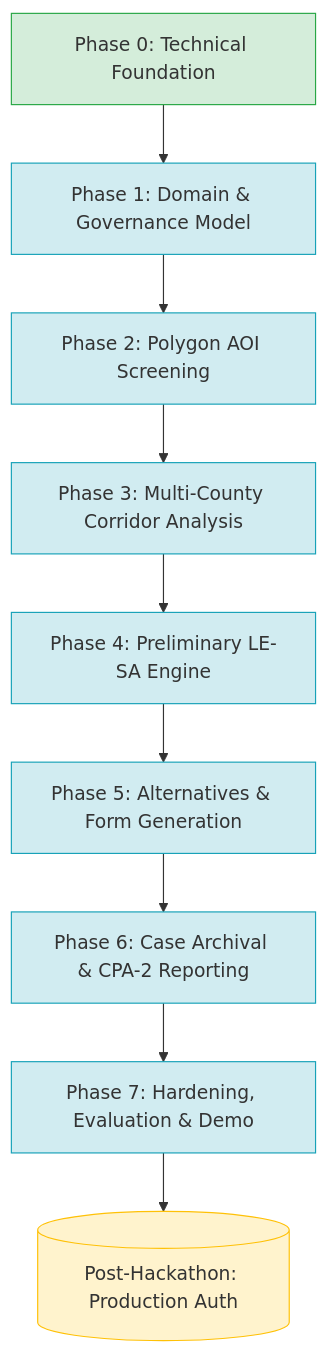
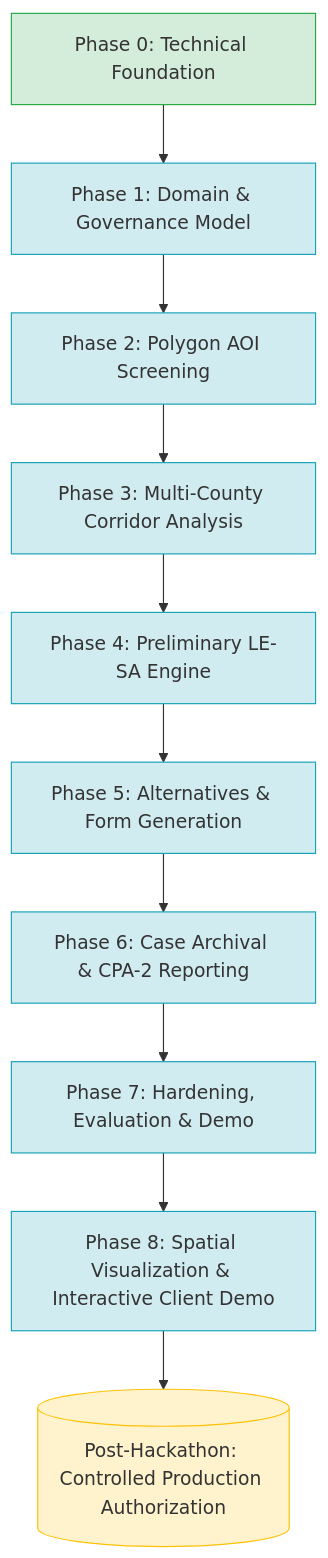
One commit to AndrewBrown-USDA/fpac-soil-mcp changed the second of 2 diagrams in planning/MASTER_PLAN.md. Above: the diagram before and after it, drawn with Mermaid. The commit also changed other lines of this file and 4 other files, not shown here.

````diff
--- a/planning/MASTER_PLAN.md
+++ b/planning/MASTER_PLAN.md
@@ -116,21 +116,23 @@
 ```mermaid
 flowchart TD
     P0[Phase 0: Technical Foundation] --> P1[Phase 1: Domain & Governance Model]
     P1 --> P2[Phase 2: Polygon AOI Screening]
     P2 --> P3[Phase 3: Multi-County Corridor Analysis]
     P3 --> P4[Phase 4: Preliminary LE-SA Engine]
     P4 --> P5[Phase 5: Alternatives & Form Generation]
     P5 --> P6[Phase 6: Case Archival & CPA-2 Reporting]
     P6 --> P7[Phase 7: Hardening, Evaluation & Demo]
-    P7 --> PROD[(Post-Hackathon: Production Auth)]
+    P7 --> P8[Phase 8: Spatial Visualization & Interactive Client Demo]
+    P8 --> PROD[(Post-Hackathon: Controlled Production Authorization)]
 
     style P0 fill:#d4edda,stroke:#28a745
     style P1 fill:#d1ecf1,stroke:#17a2b8
     style P2 fill:#d1ecf1,stroke:#17a2b8
     style P3 fill:#d1ecf1,stroke:#17a2b8
     style P4 fill:#d1ecf1,stroke:#17a2b8
     style P5 fill:#d1ecf1,stroke:#17a2b8
     style P6 fill:#d1ecf1,stroke:#17a2b8
     style P7 fill:#d1ecf1,stroke:#17a2b8
+    style P8 fill:#d1ecf1,stroke:#17a2b8
     style PROD fill:#fff3cd,stroke:#ffc107
 ```
````
